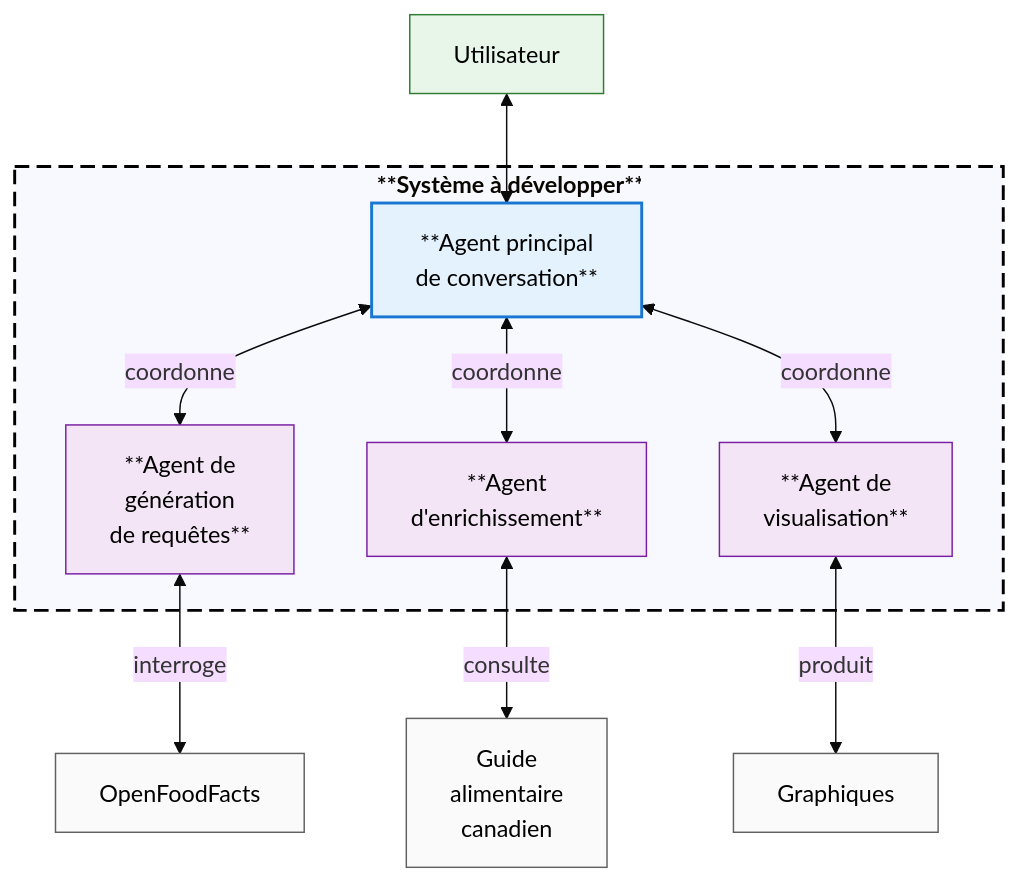
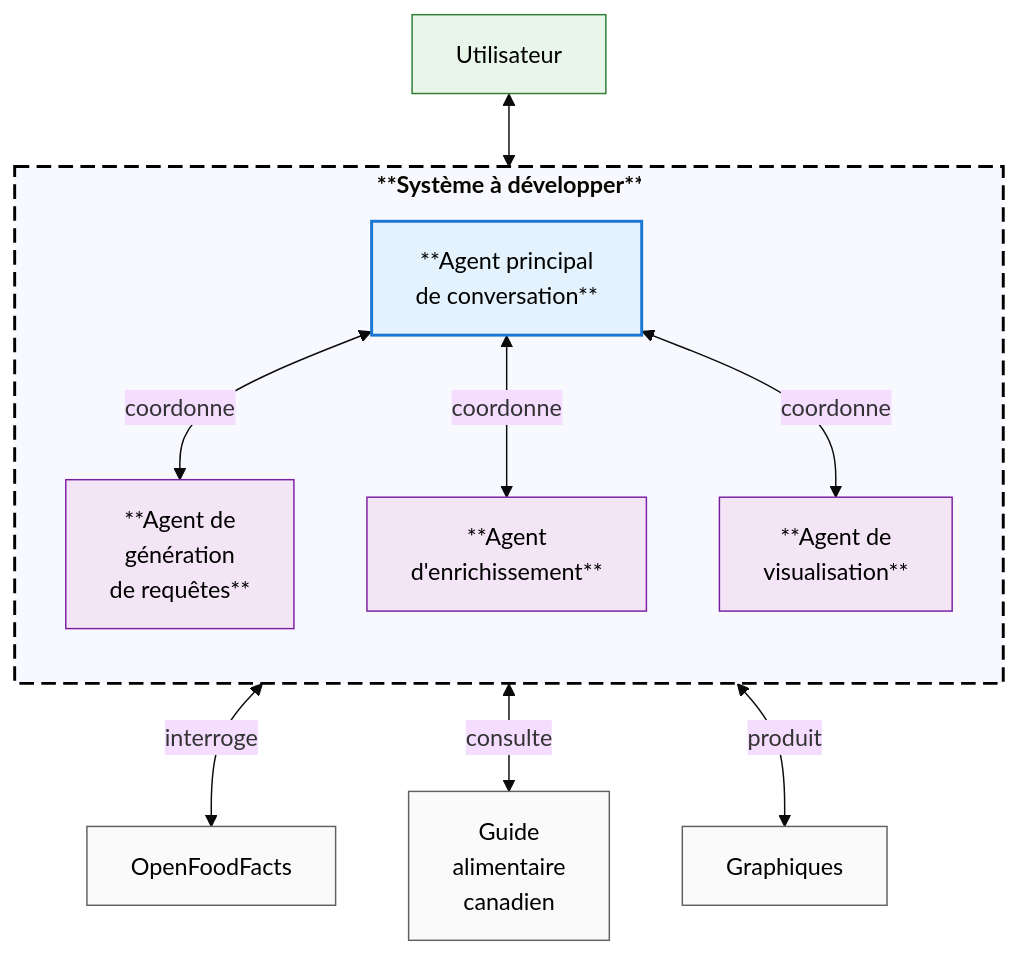
One commit to boisalai/ift-6005 changed the second of 2 diagrams in docs/markdown/plan.md. Above: the diagram before and after it, drawn with Mermaid (base theme).

````diff
--- a/docs/markdown/plan.md
+++ b/docs/markdown/plan.md
@@ -93,35 +93,36 @@
 ```mermaid
 graph TD
     %% Définition de classes
     classDef main fill:#e3f2fd,stroke:#1976d2,color:#000000,stroke-width:2px
     classDef agent fill:#f3e5f5,stroke:#7b1fa2,color:#000000
     classDef resource fill:#fafafa,stroke:#616161,color:#000000
     classDef user fill:#e8f5e9,stroke:#2e7d32,color:#000000
     classDef system_border stroke:#000000,stroke-width:2px,stroke-dasharray:10 5
 
     %% Style pour le titre du système
     style S label text-anchor:start, font-weight:bold
 
     U["Utilisateur"] <--> MA
 
     subgraph S[**Système à développer**]
+        direction TB
         MA["**Agent principal<br>de conversation**"]
         A1["**Agent de<br>génération<br>de requêtes**"]
         A2["**Agent<br>d'enrichissement**"]
         A3["**Agent de<br>visualisation**"]
         
         MA <-->|coordonne| A1
         MA <-->|coordonne| A2
         MA <-->|coordonne| A3
     end
     
     A1 <-->|interroge| DB["OpenFoodFacts"]
     A2 <-->|consulte| GAC["Guide<br>alimentaire<br>canadien"]
     A3 <-->|produit| V["Graphiques"]
     
     class MA main
     class A1,A2,A3 agent
     class DB,GAC,V resource
     class U user
     class S system_border
 ```
````
